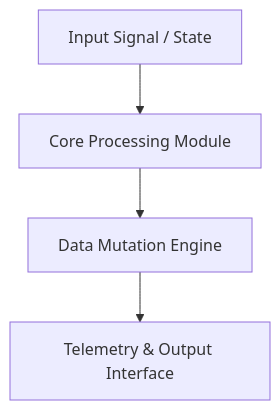
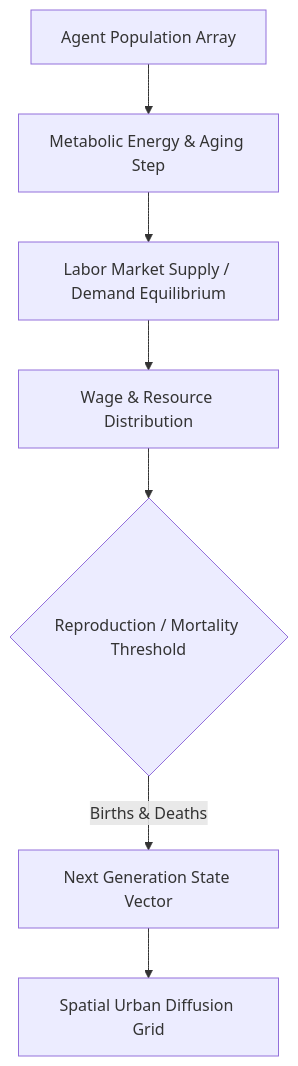
One commit to Jirnyak/Population_game changed the diagram in README.md. Above: the diagram before and after it, drawn with Mermaid. The commit also changed other lines of this file, not shown here.

Commit message:
docs(readme): deploy bespoke technical specification, Mermaid pipeline and syndicate attribution

````diff
--- a/README.md
+++ b/README.md
@@ -34,6 +14,9 @@
 ```mermaid
 graph TD
-    A[Input Signal / State] --> B[Core Processing Module]
-    B --> C[Data Mutation Engine]
-    C --> D[Telemetry & Output Interface]
+    Pop[Agent Population Array] --> Health[Metabolic Energy & Aging Step]
+    Health --> Labor[Labor Market Supply / Demand Equilibrium]
+    Labor --> Income[Wage & Resource Distribution]
+    Income --> Repro{Reproduction / Mortality Threshold}
+    Repro -->|Births & Deaths| Update[Next Generation State Vector]
+    Update --> Spatial[Spatial Urban Diffusion Grid]
 ```
````
